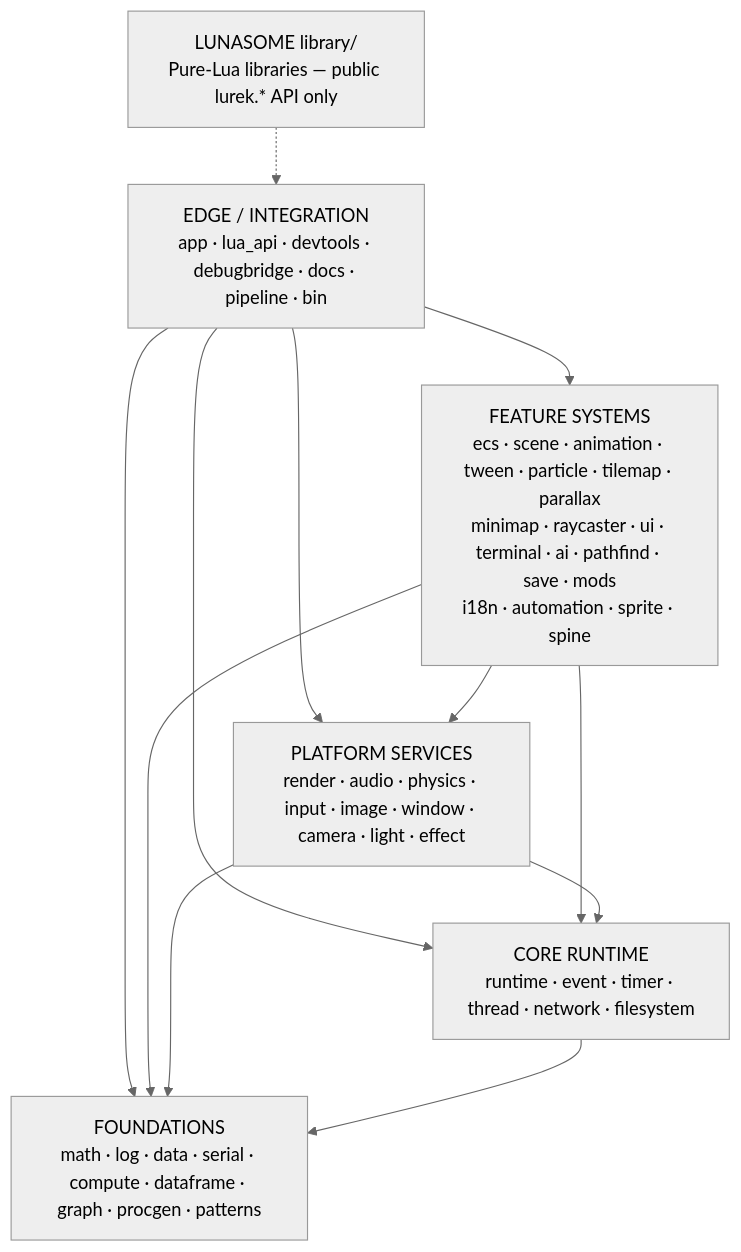
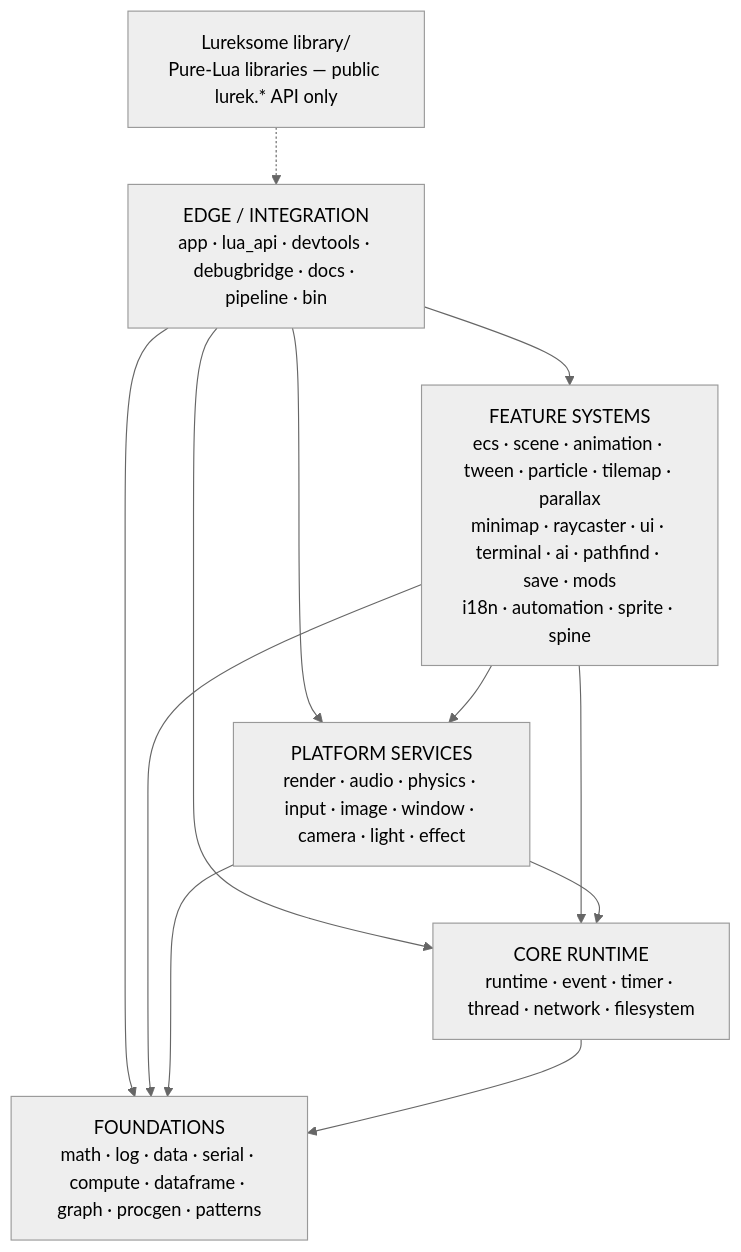
Before and after one commit to Lurek2D/lurek_2d: the first of 7 diagrams in docs/architecture/engine-architecture.md, drawn with Mermaid (neutral theme). The commit also changed other lines of this file and 228 other files, not shown here.

````diff
--- a/docs/architecture/engine-architecture.md
+++ b/docs/architecture/engine-architecture.md
@@ -58,21 +62,21 @@
 ```mermaid
 graph TD
     E["EDGE / INTEGRATION<br/>app · lua_api · devtools · debugbridge · docs · pipeline · bin"]
     F["FEATURE SYSTEMS<br/>ecs · scene · animation · tween · particle · tilemap · parallax<br/>minimap · raycaster · ui · terminal · ai · pathfind · save · mods<br/>i18n · automation · sprite · spine"]
     P["PLATFORM SERVICES<br/>render · audio · physics · input · image · window · camera · light · effect"]
     C["CORE RUNTIME<br/>runtime · event · timer · thread · network · filesystem"]
     B["FOUNDATIONS<br/>math · log · data · serial · compute · dataframe · graph · procgen · patterns"]
-    L["LUNASOME library/<br/>Pure-Lua libraries — public lurek.* API only"]
+    L["Lureksome library/<br/>Pure-Lua libraries — public lurek.* API only"]
 
     E --> F
     E --> P
     E --> C
     E --> B
     F --> P
     F --> C
     F --> B
     P --> C
     P --> B
     C --> B
     L -.-> E
 ```
````
